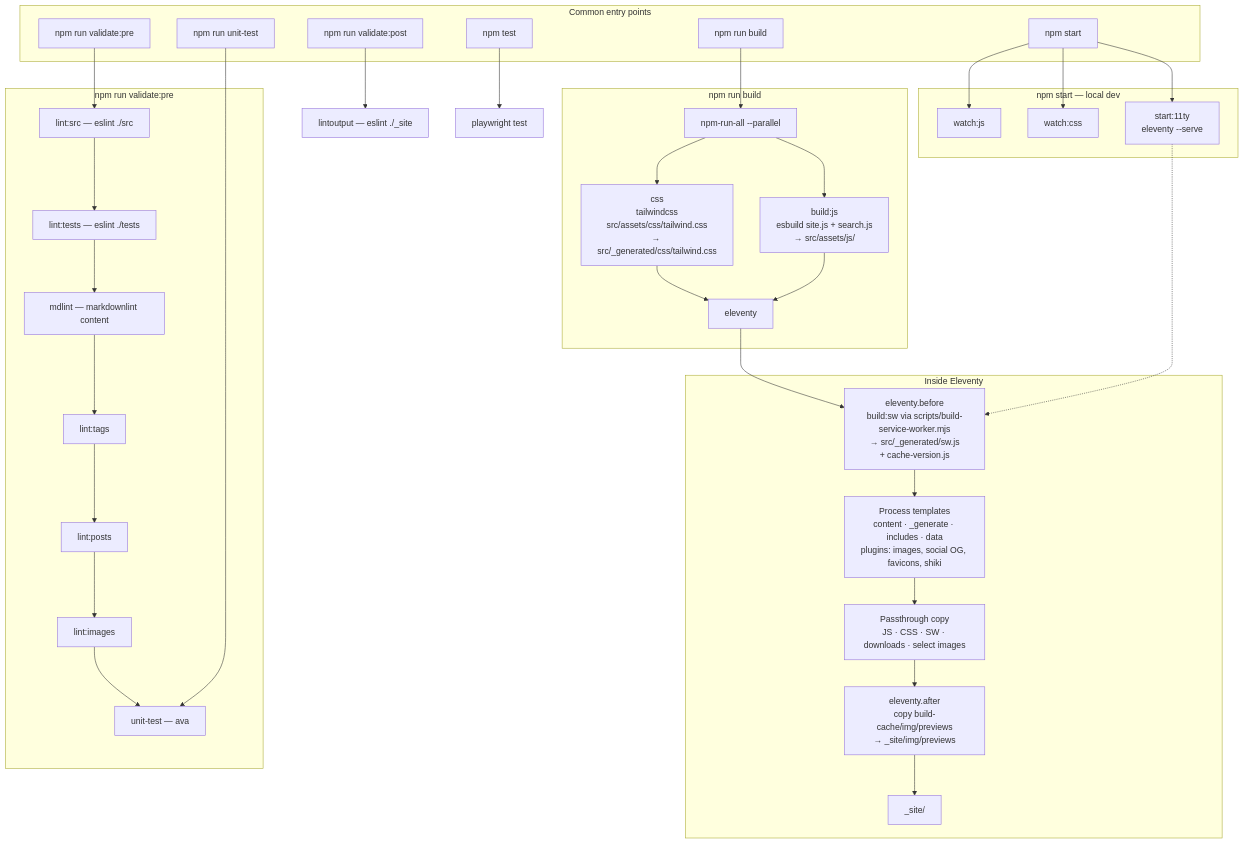
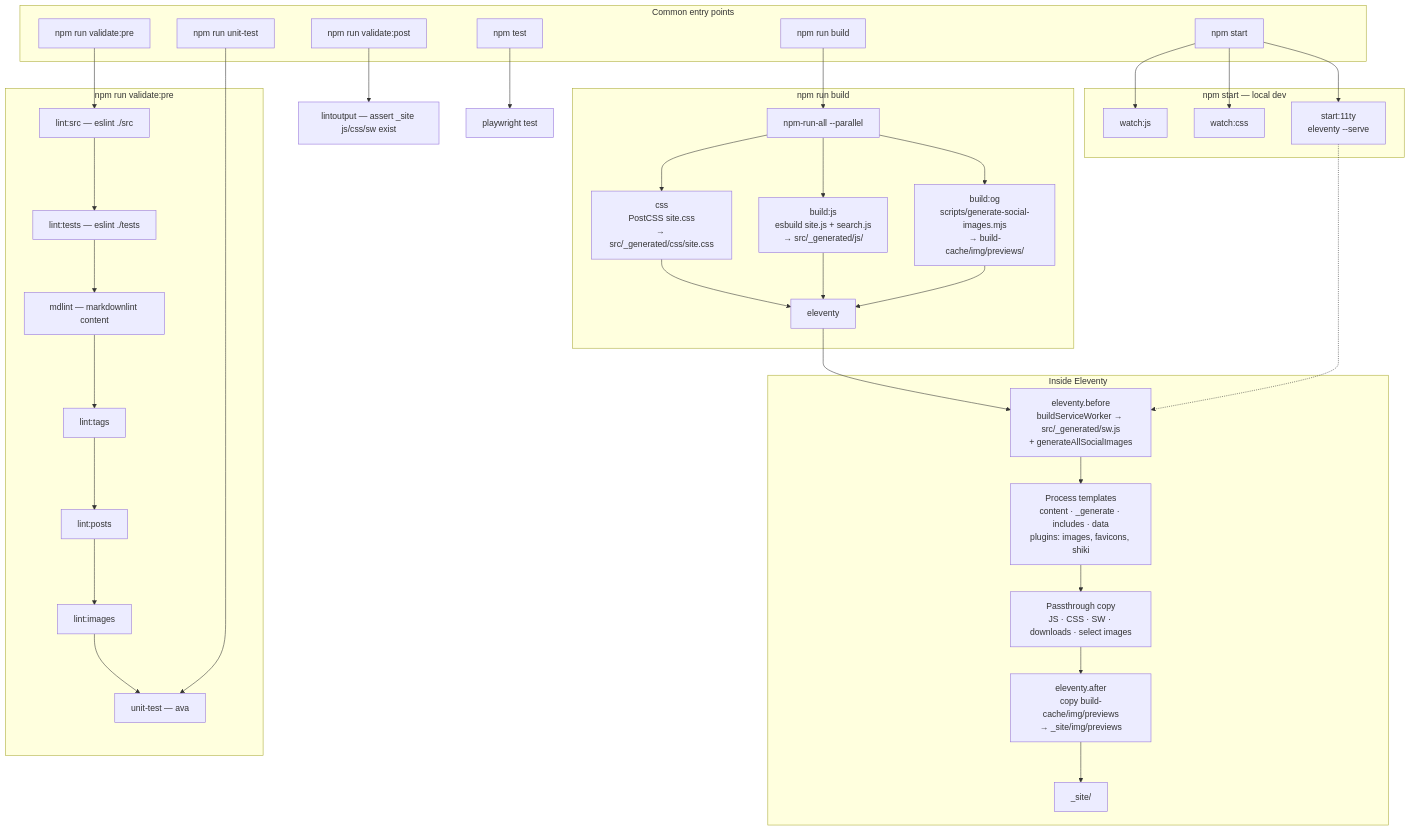
The first of 2 diagrams in README.md (deejaygraham/deejaygraham.github.io), drawn with Mermaid before and after one commit.

Commit message:
Update build and Eleventy lifecycle descriptions in README

````diff
--- a/README.md
+++ b/README.md
@@ -18,61 +18,64 @@
 ```mermaid
 flowchart TD
   subgraph entry [Common entry points]
     buildCmd["npm run build"]
     startCmd["npm start"]
     validatePre["npm run validate:pre"]
     validatePost["npm run validate:post"]
     testCmd["npm test"]
     unitCmd["npm run unit-test"]
   end
 
   subgraph buildFlow [npm run build]
     parallel["npm-run-all --parallel"]
-    css["css<br/>tailwindcss<br/>src/assets/css/tailwind.css<br/>→ src/_generated/css/tailwind.css"]
-    js["build:js<br/>esbuild site.js + search.js<br/>→ src/assets/js/"]
+    css["css<br/>PostCSS site.css<br/>→ src/_generated/css/site.css"]
+    js["build:js<br/>esbuild site.js + search.js<br/>→ src/_generated/js/"]
+    og["build:og<br/>scripts/generate-social-images.mjs<br/>→ build-cache/img/previews/"]
     eleventy["eleventy"]
   end
 
   buildCmd --> parallel
   parallel --> css
   parallel --> js
+  parallel --> og
   css --> eleventy
   js --> eleventy
+  og --> eleventy
 
   subgraph eleventyLifecycle [Inside Eleventy]
-    before["eleventy.before<br/>build:sw via scripts/build-service-worker.mjs<br/>→ src/_generated/sw.js<br/>+ cache-version.js"]
-    templates["Process templates<br/>content · _generate · includes · data<br/>plugins: images, social OG, favicons, shiki"]
+    before["eleventy.before<br/>buildServiceWorker → src/_generated/sw.js<br/>+ generateAllSocialImages"]
+    templates["Process templates<br/>content · _generate · includes · data<br/>plugins: images, favicons, shiki"]
     passthrough["Passthrough copy<br/>JS · CSS · SW · downloads · select images"]
     after["eleventy.after<br/>copy build-cache/img/previews<br/>→ _site/img/previews"]
     out["_site/"]
   end
 
   eleventy --> before --> templates --> passthrough --> after --> out
 
   subgraph startFlow [npm start — local dev]
     wjs["watch:js"]
     wcss["watch:css"]
     serve["start:11ty<br/>eleventy --serve"]
   end
 
   startCmd --> wjs
   startCmd --> wcss
   startCmd --> serve
   serve -.-> before
 
   subgraph validatePreFlow [npm run validate:pre]
     lintSrc["lint:src — eslint ./src"]
     lintTests["lint:tests — eslint ./tests"]
     mdlint["mdlint — markdownlint content"]
     lintTags["lint:tags"]
     lintPosts["lint:posts"]
     lintImages["lint:images"]
     ava["unit-test — ava"]
   end
 
   validatePre --> lintSrc --> lintTests --> mdlint --> lintTags --> lintPosts --> lintImages --> ava
 
-  validatePost --> lintOut["lintoutput — eslint ./_site"]
+  validatePost --> lintOut["lintoutput — assert _site js/css/sw exist"]
   testCmd --> playwright["playwright test"]
   unitCmd --> ava
 ```
````
